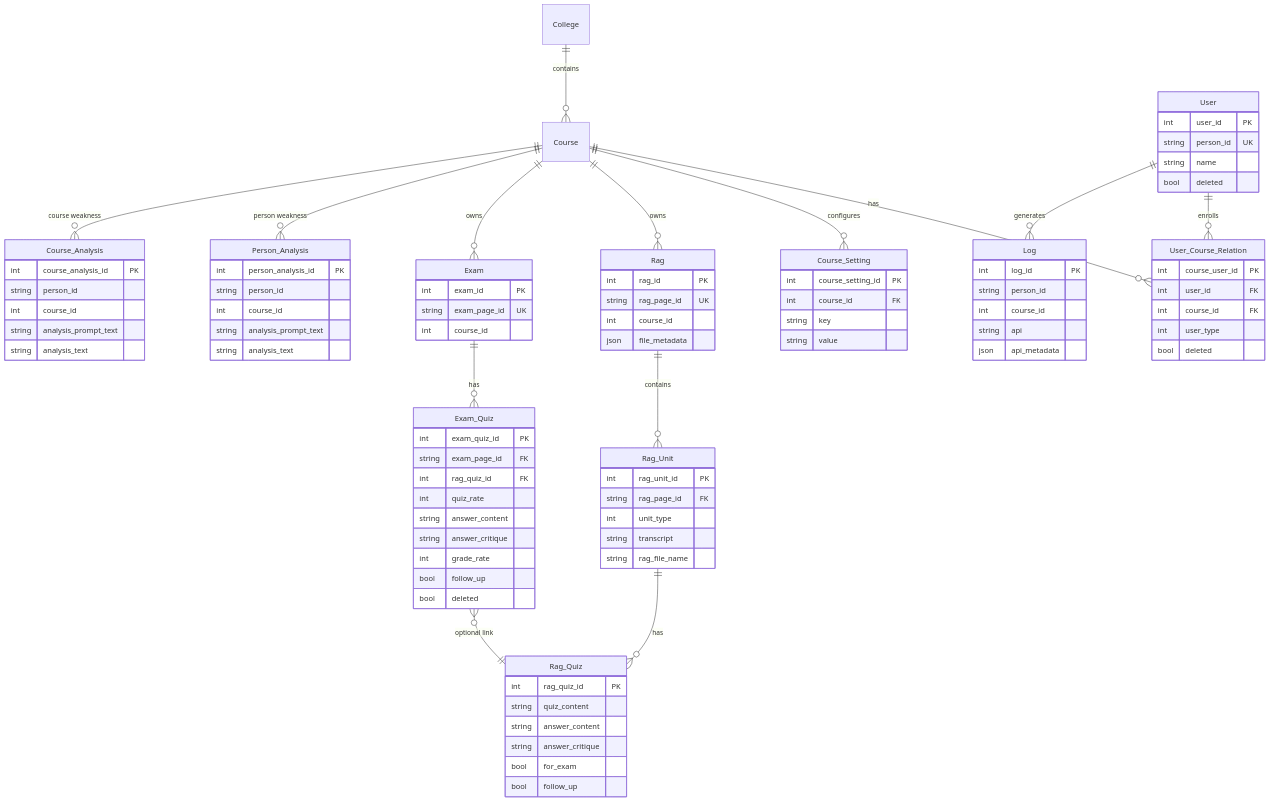
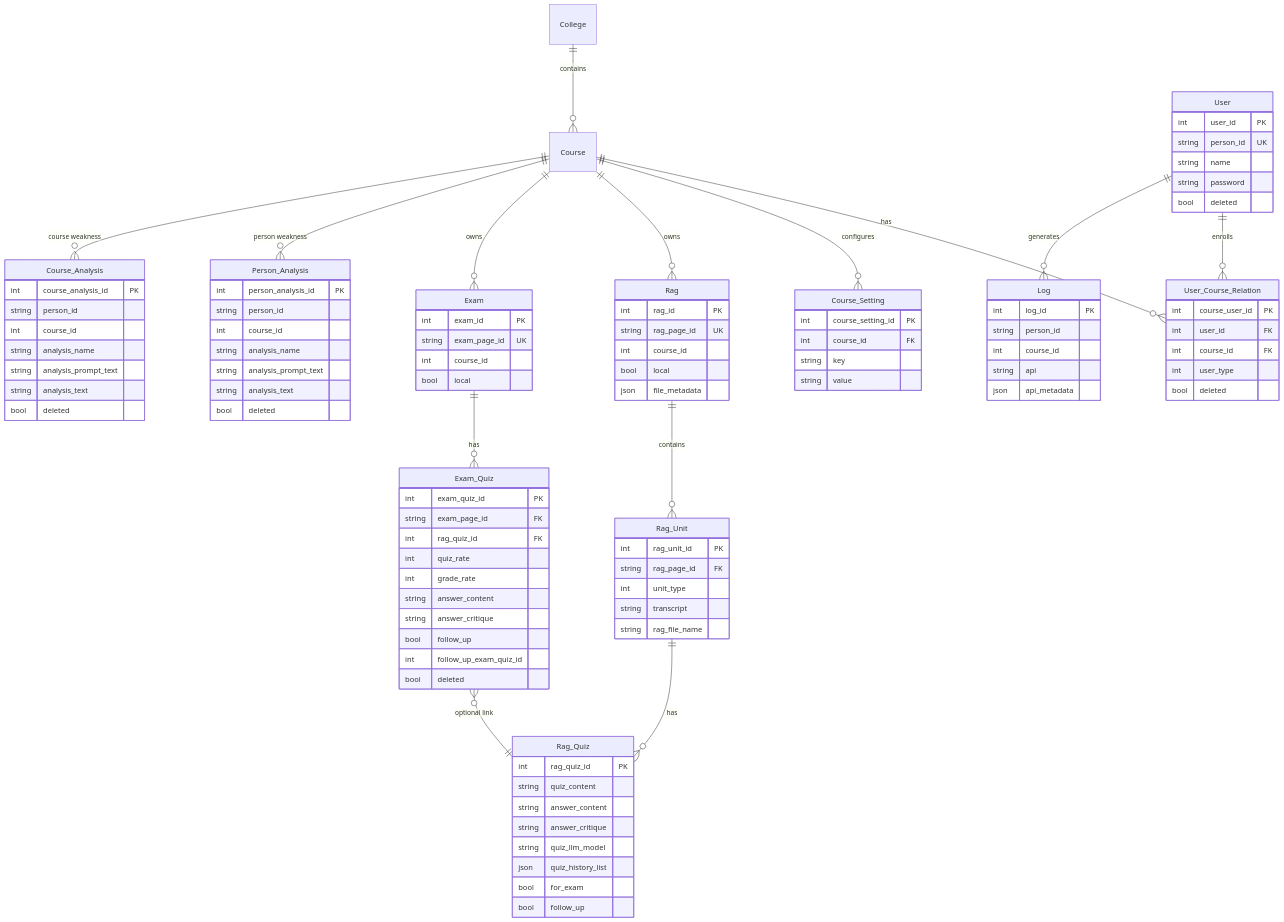
Before and after one commit to kevin7261/MyQuiz-ai-backend: the third of 6 diagrams in README.md, drawn with Mermaid. The commit also changed other lines of this file, not shown here.

```diff
--- a/README.md
+++ b/README.md
@@ -270,6 +276,7 @@
         int user_id PK
         string person_id UK
         string name
+        string password
         bool deleted
     }
     User_Course_Relation {
@@ -283,6 +290,7 @@
         int rag_id PK
         string rag_page_id UK
         int course_id
+        bool local
         json file_metadata
     }
     Rag_Unit {
@@ -297,6 +305,8 @@
         string quiz_content
         string answer_content
         string answer_critique
+        string quiz_llm_model
+        json quiz_history_list
         bool for_exam
         bool follow_up
     }
@@ -304,16 +314,18 @@
         int exam_id PK
         string exam_page_id UK
         int course_id
+        bool local
     }
     Exam_Quiz {
         int exam_quiz_id PK
         string exam_page_id FK
         int rag_quiz_id FK
         int quiz_rate
+        int grade_rate
         string answer_content
         string answer_critique
-        int grade_rate
         bool follow_up
+        int follow_up_exam_quiz_id
         bool deleted
     }
     Course_Setting {
@@ -326,15 +338,19 @@
         int person_analysis_id PK
         string person_id
         int course_id
+        string analysis_name
         string analysis_prompt_text
         string analysis_text
+        bool deleted
     }
     Course_Analysis {
         int course_analysis_id PK
         string person_id
         int course_id
+        string analysis_name
         string analysis_prompt_text
         string analysis_text
+        bool deleted
     }
     Log {
         int log_id PK
```
